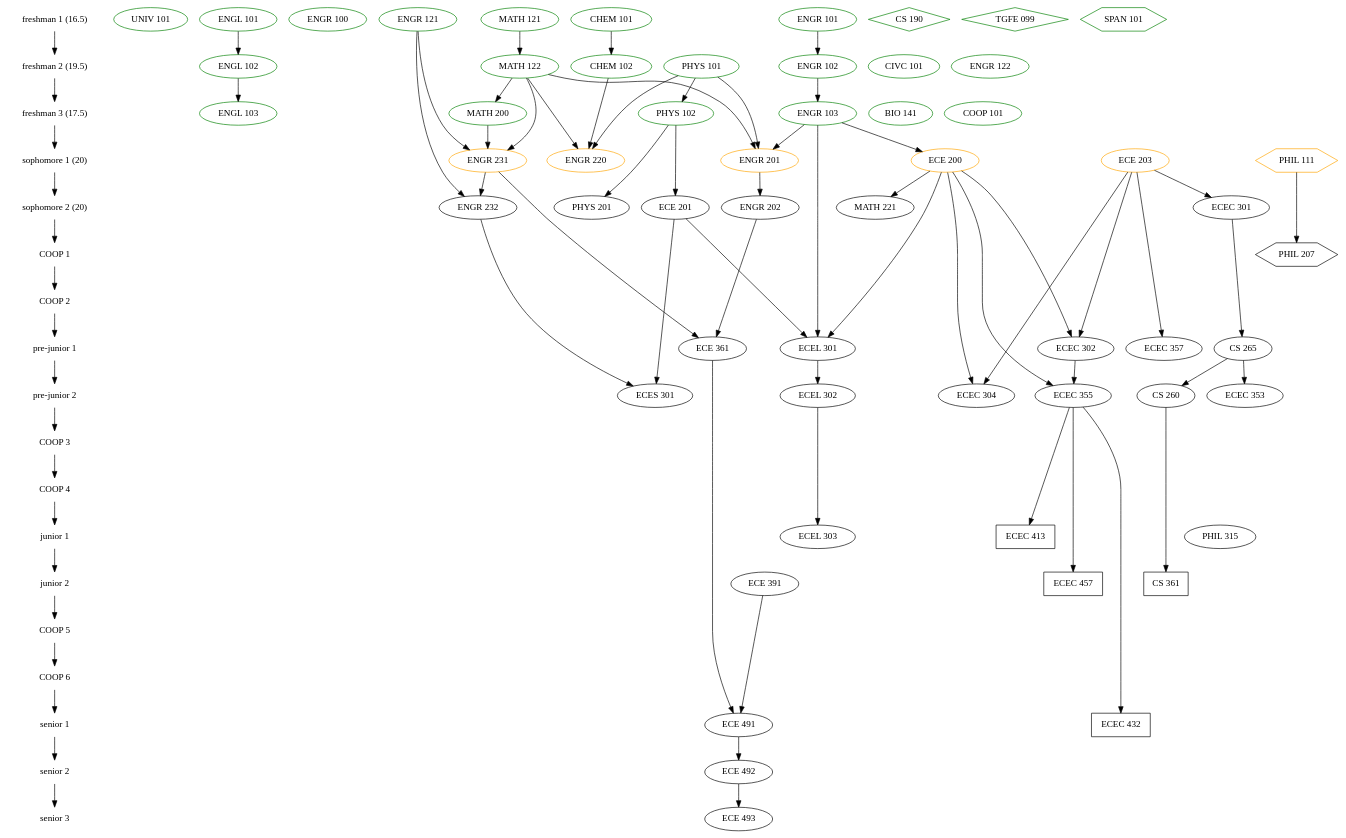
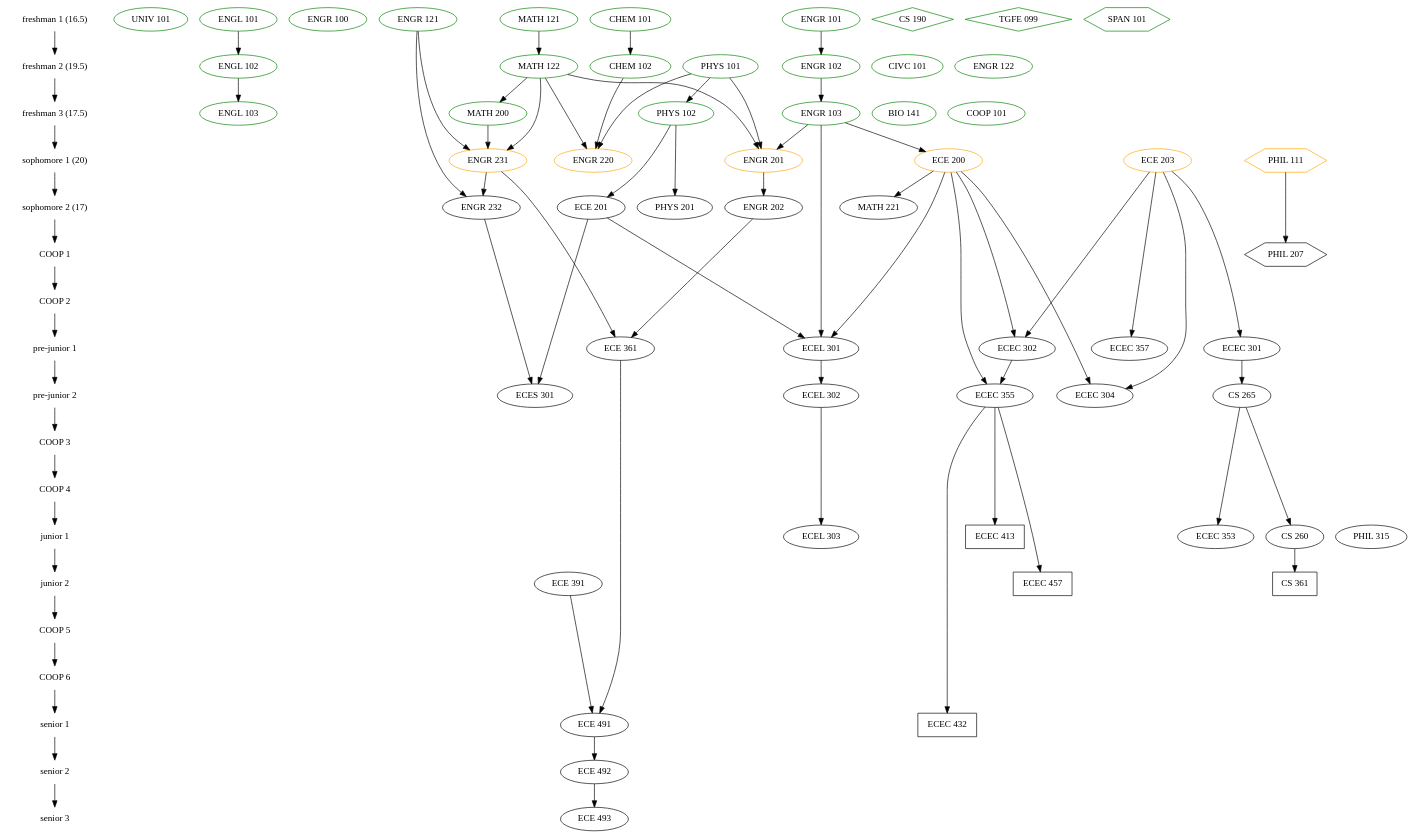
The diagram in classes.gv (Theodus/coursework), drawn with Graphviz before and after one commit. The commit also changed 1 other file, not shown here.

```diff
--- a/classes.gv
+++ b/classes.gv
@@ -1,165 +1,165 @@
 /* Key:
 
 color:
 green = already taken
 orange = currently taking
 black = not taken
 
 shape:
 ellipse = fixed major degree requirement
 box = major degree elective
 diamond = free elective
 hexagon = general education elective
 */
 
 digraph Classes {
 
   { node [shape=plaintext]
     "freshman 1 (16.5)" ->
     "freshman 2 (19.5)" ->
     "freshman 3 (17.5)" ->
     "sophomore 1 (20)" ->
-    "sophomore 2 (20)" ->
+    "sophomore 2 (17)" ->
     "COOP 1" ->
     "COOP 2" ->
     "pre-junior 1" ->
     "pre-junior 2" ->
     "COOP 3" ->
     "COOP 4" ->
     "junior 1" ->
     "junior 2" ->
     "COOP 5" ->
     "COOP 6" ->
     "senior 1" ->
     "senior 2" ->
     "senior 3"
   }
 
   { node [color=green]
     { rank=same "freshman 1 (16.5)"
       "UNIV 101"
       "ENGL 101"
       "ENGR 100"
       "CHEM 101"
       "ENGR 101"
       "ENGR 121"
       "MATH 121"
 
       // AP Credit
       "CS 190" [shape=diamond]
       "TGFE 099" [shape=diamond]
       "SPAN 101" [shape=hexagon]
     }
     { rank=same "freshman 2 (19.5)"
       "CIVC 101"
       "ENGL 102"
       "CHEM 102"
       "ENGR 102"
       "ENGR 122"
       "MATH 122"
       "PHYS 101"
     }
   }
   { node [color=green]
     { rank=same "freshman 3 (17.5)"
       "ENGL 103"
       "ENGR 103"
       "BIO 141"
       "COOP 101"
       "PHYS 102"
       "MATH 200"
     }
   }
   { node [color=orange]
     { rank=same "sophomore 1 (20)"
       "ENGR 201"
       "ENGR 220"
       "ENGR 231"
       "ECE 203"
       "ECE 200"
       "PHIL 111" [shape=hexagon]
     }
   }
-  { rank=same "sophomore 2 (20)"
+  { rank=same "sophomore 2 (17)"
     "ECE 201"
-    "ECEC 301"
     "ENGR 202"
     "ENGR 232"
+    "MATH 221"
     "PHYS 201"
-    "MATH 221"
   }
   { rank=same "COOP 1"
     "PHIL 207" [shape=hexagon]
   }
   { rank=same "pre-junior 1"
+    "ECEC 301"
     "ECEC 302"
     "ECEL 301"
     "ECE 361"
-    "CS 265"
     "ECEC 357"
   }
   { rank=same "pre-junior 2"
+    "CS 265"
     "ECEC 304"
     "ECEC 355"
     "ECEL 302"
     "ECES 301"
+  }
+  { rank=same "junior 1"
     "CS 260"
     "ECEC 353"
-  }
-  { rank=same "junior 1"
     "ECEL 303"
     "PHIL 315"
     "ECEC 413" [shape=box]
   }
   { rank=same "junior 2"
     "ECE 391"
     "CS 361" [shape=box]
     "ECEC 457" [shape=box]
   }
   { rank=same "senior 1"
     "ECE 491"
     "ECEC 432" [shape=box]
   }
   { rank=same "senior 2"
     "ECE 492"
   }
   { rank=same "senior 3"
     "ECE 493"
   }
 
   // General Education/Liberal Studies
 
   "CIVC 101"
   "ENGL 101" -> "ENGL 102" -> "ENGL 103"
   "PHIL 315"
   "UNIV 101"
 
   "PHIL 111" -> "PHIL 207"
 
   // Foundation Requirements
 
   "BIO 141"
   "CHEM 101" -> "CHEM 102"
   "PHYS 101" -> "PHYS 102" -> "PHYS 201"
   "PHYS 102" -> "ECE 201"
   "MATH 121" -> "MATH 122" -> "MATH 200" -> "ENGR 231"
   "ENGR 101" -> "ENGR 102" -> "ENGR 103" -> "ECE 200" -> "MATH 221"
   "ECE 203"
   {"MATH 122" "PHYS 101" "ENGR 103"} -> "ENGR 201" -> "ENGR 202"
   {"CHEM 102" "MATH 122" "PHYS 101"} -> "ENGR 220"
   {"MATH 122" "ENGR 121"} -> "ENGR 231"
   {"ENGR 231" "ENGR 121"} -> "ENGR 232"
 
   // Professional Requirements
 
   "ECE 203" -> "ECEC 301" -> "CS 265" -> "CS 260" -> "CS 361"
   {"ENGR 202" "ENGR 231"} -> "ECE 361"
   {"ECE 391" "ECE 361"} -> "ECE 491" -> "ECE 492" -> "ECE 493"
   {"ECE 203" "ECE 200"} -> "ECEC 302"
   {"ECE 200" "ECE 203"} -> "ECEC 304"
   "CS 265" -> "ECEC 353"
   {"ECE 200" "ECEC 302"} -> "ECEC 355" -> {"ECEC 413" "ECEC 457" "ECEC 432"}
   "ECE 203" -> "ECEC 357"
   {"ENGR 103" "ECE 200" "ECE 201"} -> "ECEL 301" -> "ECEL 302" -> "ECEL 303"
   {"ENGR 232" "ECE 201"} -> "ECES 301"
 }
```
